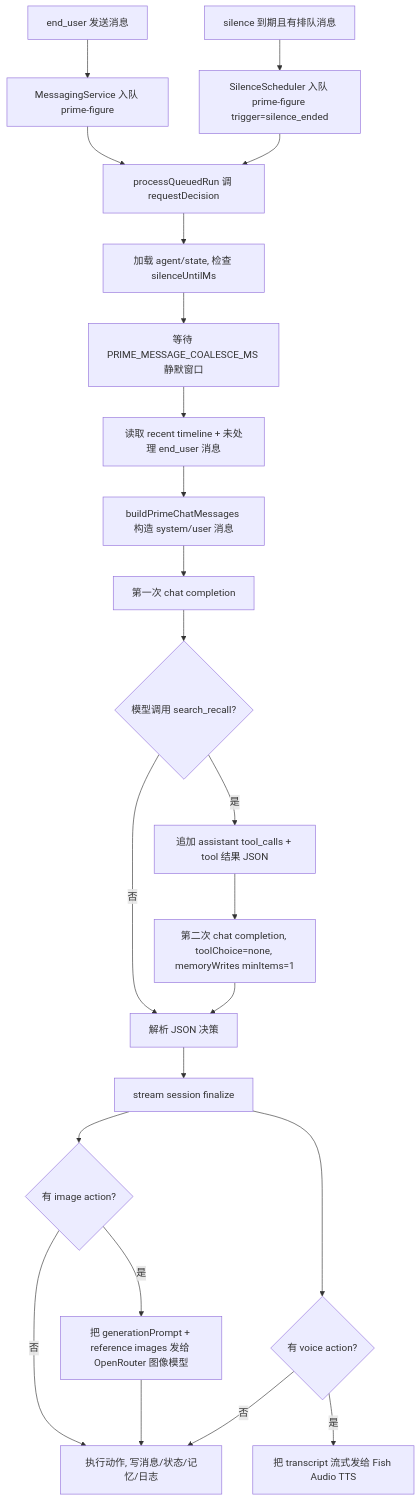
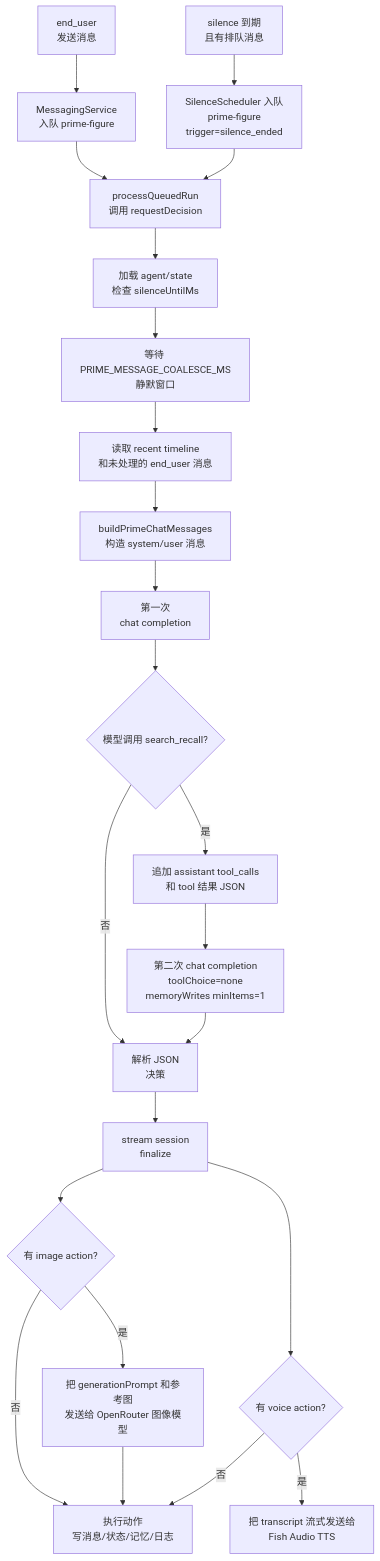
One commit to daife/echoo changed the first of 2 diagrams in docs/prime-figure-runtime.md. Above: the diagram before and after it, drawn with Mermaid. The commit also changed other lines of this file, not shown here.

Commit message:
fix the typo in the documentation for the prime figure runtime.

````diff
--- a/docs/prime-figure-runtime.md
+++ b/docs/prime-figure-runtime.md
@@ -7,25 +7,25 @@
 ```mermaid
 flowchart TD
-  A[end_user 发送消息] --> B[MessagingService 入队 prime-figure]
-  S[silence 到期且有排队消息] --> B2[SilenceScheduler 入队 prime-figure trigger=silence_ended]
-  B --> C[processQueuedRun 调 requestDecision]
+  A["end_user<br/>发送消息"] --> B["MessagingService<br/>入队 prime-figure"]
+  S["silence 到期<br/>且有排队消息"] --> B2["SilenceScheduler 入队<br/>prime-figure<br/>trigger=silence_ended"]
+  B --> C["processQueuedRun<br/>调用 requestDecision"]
   B2 --> C
-  C --> D[加载 agent/state, 检查 silenceUntilMs]
-  D --> E[等待 PRIME_MESSAGE_COALESCE_MS 静默窗口]
-  E --> F[读取 recent timeline + 未处理 end_user 消息]
-  F --> G[buildPrimeChatMessages 构造 system/user 消息]
-  G --> H[第一次 chat completion]
-  H --> I{模型调用 search_recall?}
-  I -- 否 --> K[解析 JSON 决策]
-  I -- 是 --> J[追加 assistant tool_calls + tool 结果 JSON]
-  J --> J2[第二次 chat completion, toolChoice=none, memoryWrites minItems=1]
+  C --> D["加载 agent/state<br/>检查 silenceUntilMs"]
+  D --> E["等待 PRIME_MESSAGE_COALESCE_MS<br/>静默窗口"]
+  E --> F["读取 recent timeline<br/>和未处理的 end_user 消息"]
+  F --> G["buildPrimeChatMessages<br/>构造 system/user 消息"]
+  G --> H["第一次<br/>chat completion"]
+  H --> I{"模型调用 search_recall?"}
+  I -- 否 --> K["解析 JSON<br/>决策"]
+  I -- 是 --> J["追加 assistant tool_calls<br/>和 tool 结果 JSON"]
+  J --> J2["第二次 chat completion<br/>toolChoice=none<br/>memoryWrites minItems=1"]
   J2 --> K
-  K --> L[stream session finalize]
-  L --> M{有 image action?}
-  M -- 是 --> N[把 generationPrompt + reference images 发给 OpenRouter 图像模型]
-  M -- 否 --> O[执行动作, 写消息/状态/记忆/日志]
+  K --> L["stream session<br/>finalize"]
+  L --> M{"有 image action?"}
+  M -- 是 --> N["把 generationPrompt 和参考图<br/>发送给 OpenRouter 图像模型"]
+  M -- 否 --> O["执行动作<br/>写消息/状态/记忆/日志"]
   N --> O
-  L --> P{有 voice action?}
-  P -- 是 --> Q[把 transcript 流式发给 Fish Audio TTS]
+  L --> P{"有 voice action?"}
+  P -- 是 --> Q["把 transcript 流式发送给<br/>Fish Audio TTS"]
   P -- 否 --> O
 ```
````
